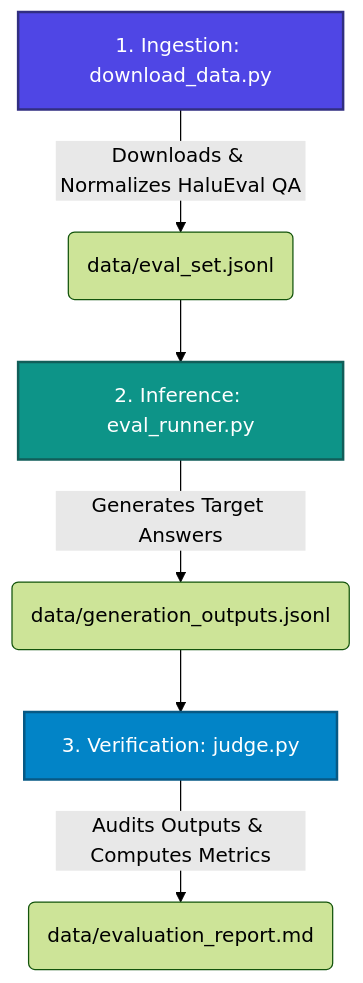
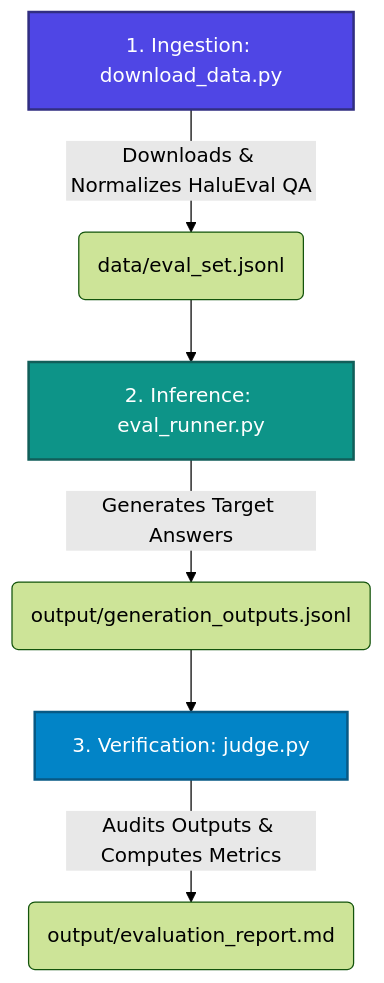
The diagram in 1.Evaluation/README.md (YahyaGhallali/Hallucination-Project), drawn with Mermaid (forest theme) before and after one commit. The commit also changed other lines of this file and 19 other files, not shown here.

Commit message:
double sample size, forked output and data

````diff
--- a/1.Evaluation/README.md
+++ b/1.Evaluation/README.md
@@ -13,12 +13,12 @@
 ```mermaid
 graph TD
     A[1. Ingestion: download_data.py] -->|Downloads & Normalizes HaluEval QA| B(data/eval_set.jsonl)
     B --> C[2. Inference: eval_runner.py]
-    C -->|Generates Target Answers| D(data/generation_outputs.jsonl)
+    C -->|Generates Target Answers| D(output/generation_outputs.jsonl)
     D --> E[3. Verification: judge.py]
-    E -->|Audits Outputs & Computes Metrics| F(data/evaluation_report.md)
+    E -->|Audits Outputs & Computes Metrics| F(output/evaluation_report.md)
 
     style A fill:#4F46E5,stroke:#312E81,stroke-width:2px,color:#fff
     style C fill:#0D9488,stroke:#115E59,stroke-width:2px,color:#fff
     style E fill:#0284C7,stroke:#075985,stroke-width:2px,color:#fff
 ```
````
